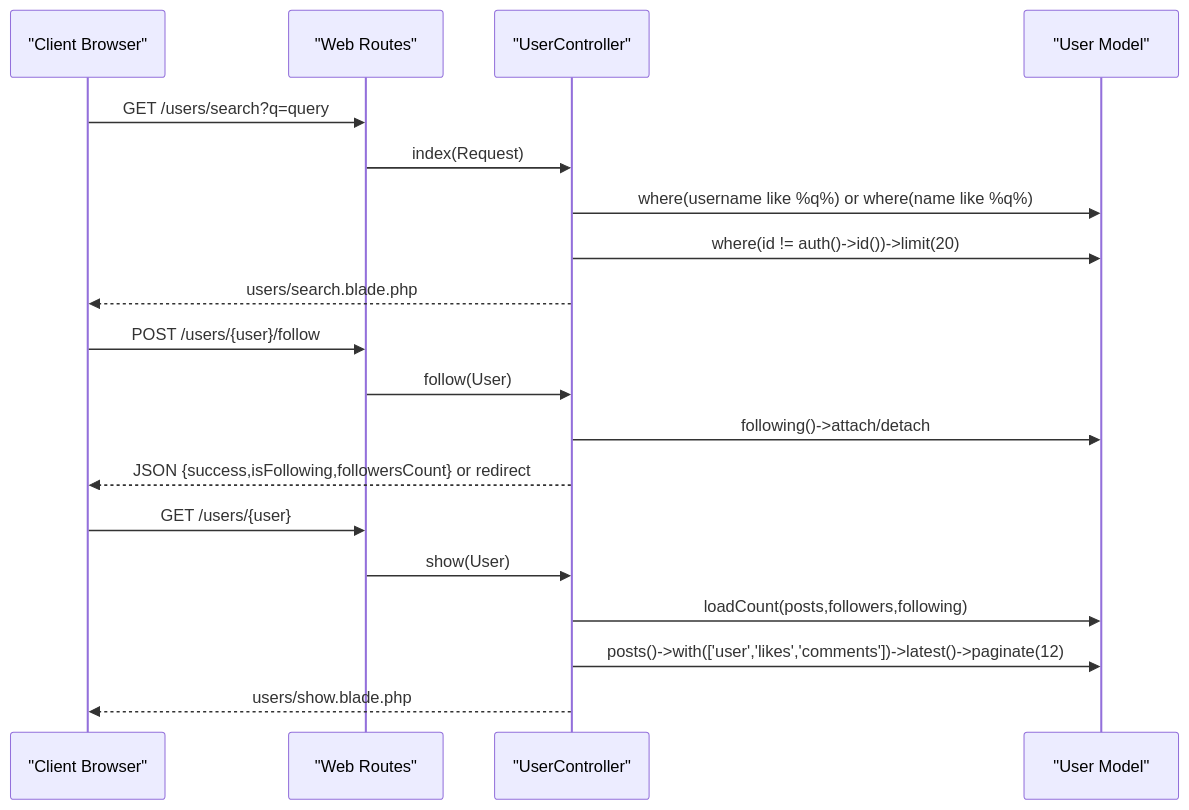
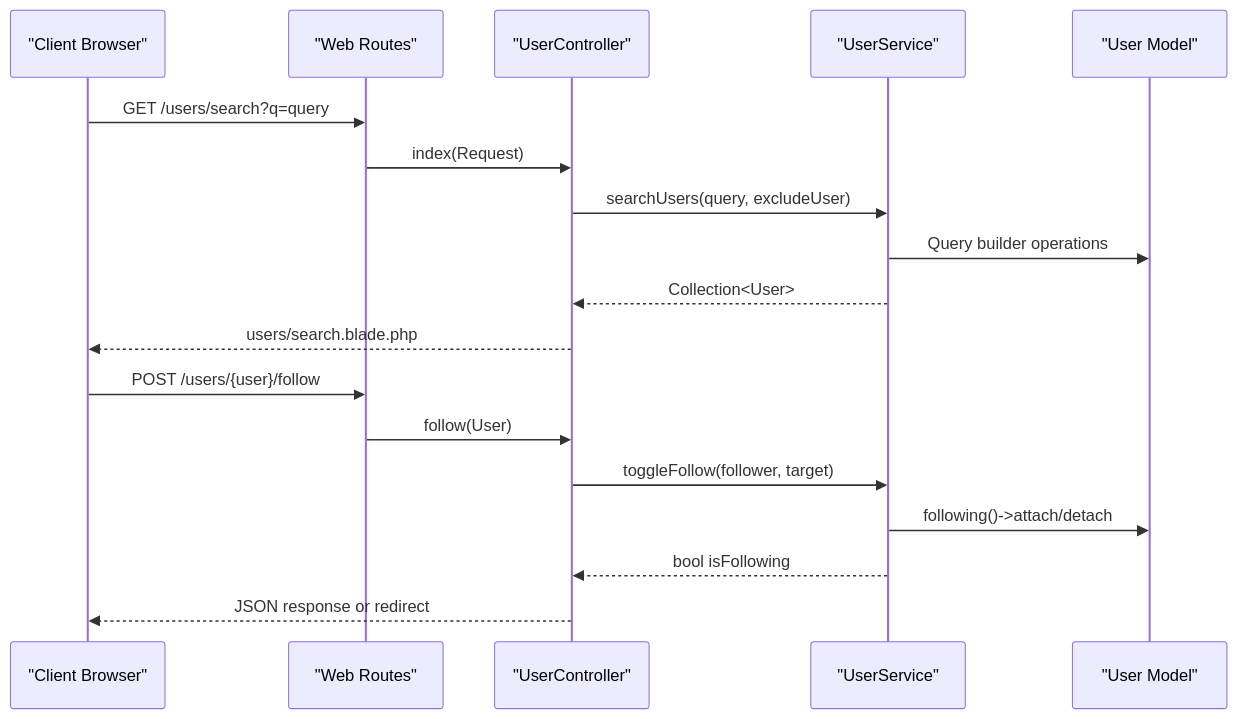
Before and after one commit to VenokM05/Travel_Project: the fourth of 6 diagrams in .qoder/repowiki/en/content/User Management.md, drawn with Mermaid. The commit also changed other lines of this file and 12 other files, not shown here.

````diff
--- a/.qoder/repowiki/en/content/User Management.md
+++ b/.qoder/repowiki/en/content/User Management.md
@@ -230,21 +186,20 @@
 ```mermaid
 sequenceDiagram
 participant Client as "Client Browser"
 participant Routes as "Web Routes"
 participant UC as "UserController"
+participant US as "UserService"
 participant User as "User Model"
 Client->>Routes : GET /users/search?q=query
 Routes->>UC : index(Request)
-UC->>User : where(username like %q%) or where(name like %q%)
-UC->>User : where(id != auth()->id())->limit(20)
+UC->>US : searchUsers(query, excludeUser)
+US->>User : Query builder operations
+US-->>UC : Collection<User>
 UC-->>Client : users/search.blade.php
 Client->>Routes : POST /users/{user}/follow
 Routes->>UC : follow(User)
-UC->>User : following()->attach/detach
-UC-->>Client : JSON {success,isFollowing,followersCount} or redirect
-Client->>Routes : GET /users/{user}
-Routes->>UC : show(User)
-UC->>User : loadCount(posts,followers,following)
-UC->>User : posts()->with(['user','likes','comments'])->latest()->paginate(12)
-UC-->>Client : users/show.blade.php
+UC->>US : toggleFollow(follower, target)
+US->>User : following()->attach/detach
+US-->>UC : bool isFollowing
+UC-->>Client : JSON response or redirect
 ```
````
